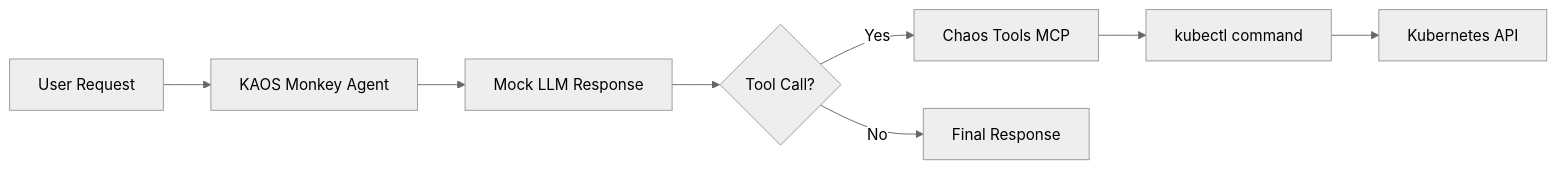
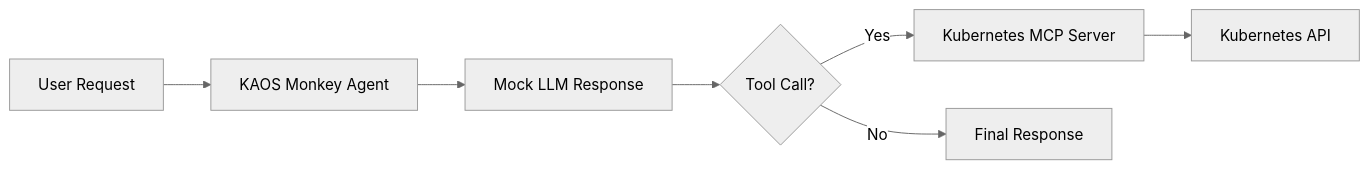
The diagram in docs/examples/kaos-monkey.md (axsaucedo/kaos), drawn with Mermaid (neutral theme) before and after one commit. The commit also changed other lines of this file and 2 other files, not shown here.

First line of the commit message:
feat(examples): use kubernetes MCP server in kaos-monkey example

````diff
--- a/docs/examples/kaos-monkey.md
+++ b/docs/examples/kaos-monkey.md
@@ -185,10 +206,9 @@
 ```mermaid
 graph LR
     A[User Request] --> B[KAOS Monkey Agent]
     B --> C[Mock LLM Response]
     C --> D{Tool Call?}
-    D -->|Yes| E[Chaos Tools MCP]
-    E --> F[kubectl command]
-    F --> G[Kubernetes API]
-    D -->|No| H[Final Response]
+    D -->|Yes| E[Kubernetes MCP Server]
+    E --> F[Kubernetes API]
+    D -->|No| G[Final Response]
 ```
````
